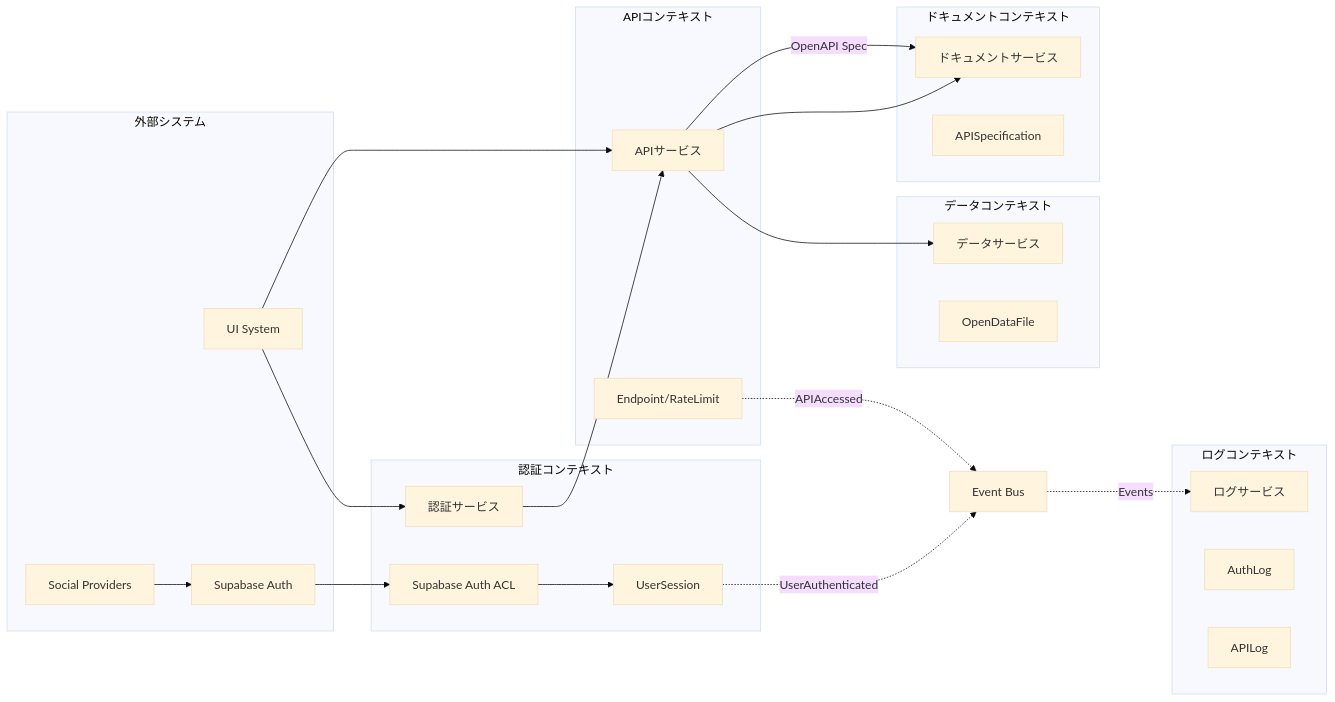
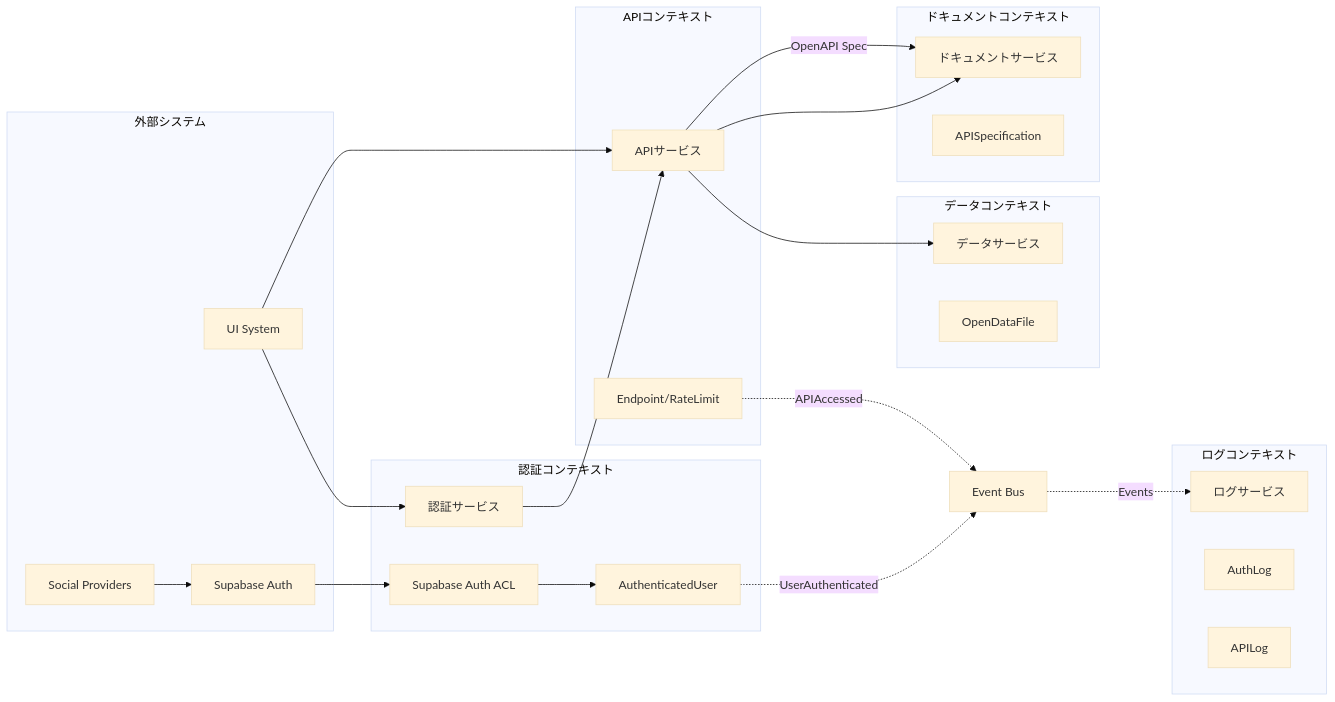
One commit to hydrangeas/redis-test changed the seventh of 14 diagrams in docs/specs/step5-design.md. Above: the diagram before and after it, drawn with Mermaid (base theme). The commit also changed other lines of this file, not shown here.

````diff
--- a/docs/specs/step5-design.md
+++ b/docs/specs/step5-design.md
@@ -588,54 +556,54 @@
 ```mermaid
 graph LR
     subgraph "認証コンテキスト"
         AuthService[認証サービス]
-        AuthModel[UserSession]
+        AuthModel[AuthenticatedUser]
         ACL[Supabase Auth ACL]
     end
     
     subgraph "APIコンテキスト"
         APIService[APIサービス]
         APIModel[Endpoint/RateLimit]
     end
     
     subgraph "データコンテキスト"
         DataService[データサービス]
         DataModel[OpenDataFile]
     end
     
     subgraph "ログコンテキスト"
         LogService[ログサービス]
         AuthLogModel[AuthLog]
         APILogModel[APILog]
     end
     
     subgraph "ドキュメントコンテキスト"
         DocService[ドキュメントサービス]
         DocModel[APISpecification]
     end
     
     subgraph "外部システム"
         SupabaseAuth[Supabase Auth]
         SocialProvider[Social Providers]
         UISystem[UI System]
     end
     
     %% 統合パターン
     AuthService --> APIService
     APIService --> DataService
     APIService --> DocService
     
     SupabaseAuth --> ACL
     ACL --> AuthModel
     SocialProvider --> SupabaseAuth
     UISystem --> AuthService
     UISystem --> APIService
     
     %% イベント駆動
     AuthModel -.->|UserAuthenticated| EventBus[Event Bus]
     APIModel -.->|APIAccessed| EventBus
     EventBus -.->|Events| LogService
     
     %% 同期的な統合
     APIService -->|OpenAPI Spec| DocService
 ```
````
